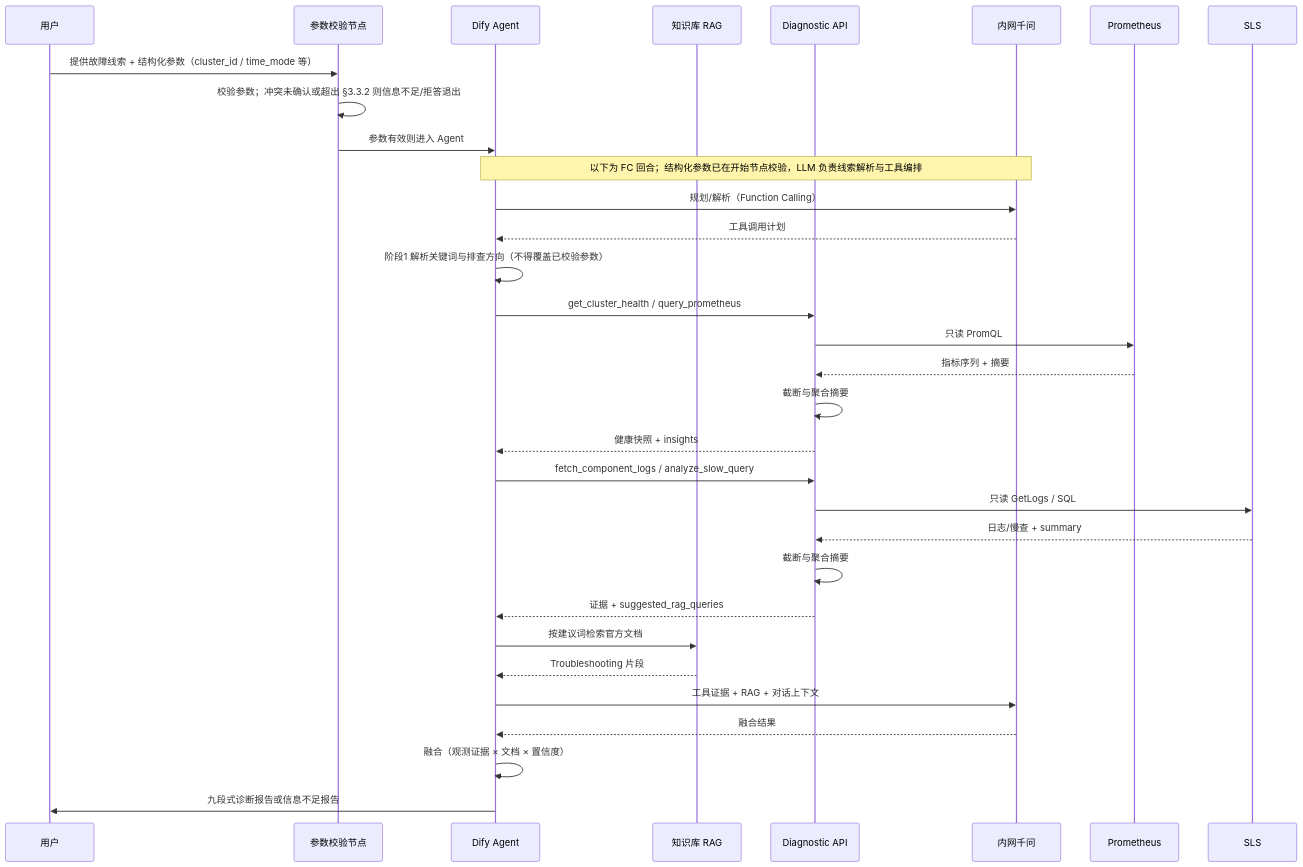
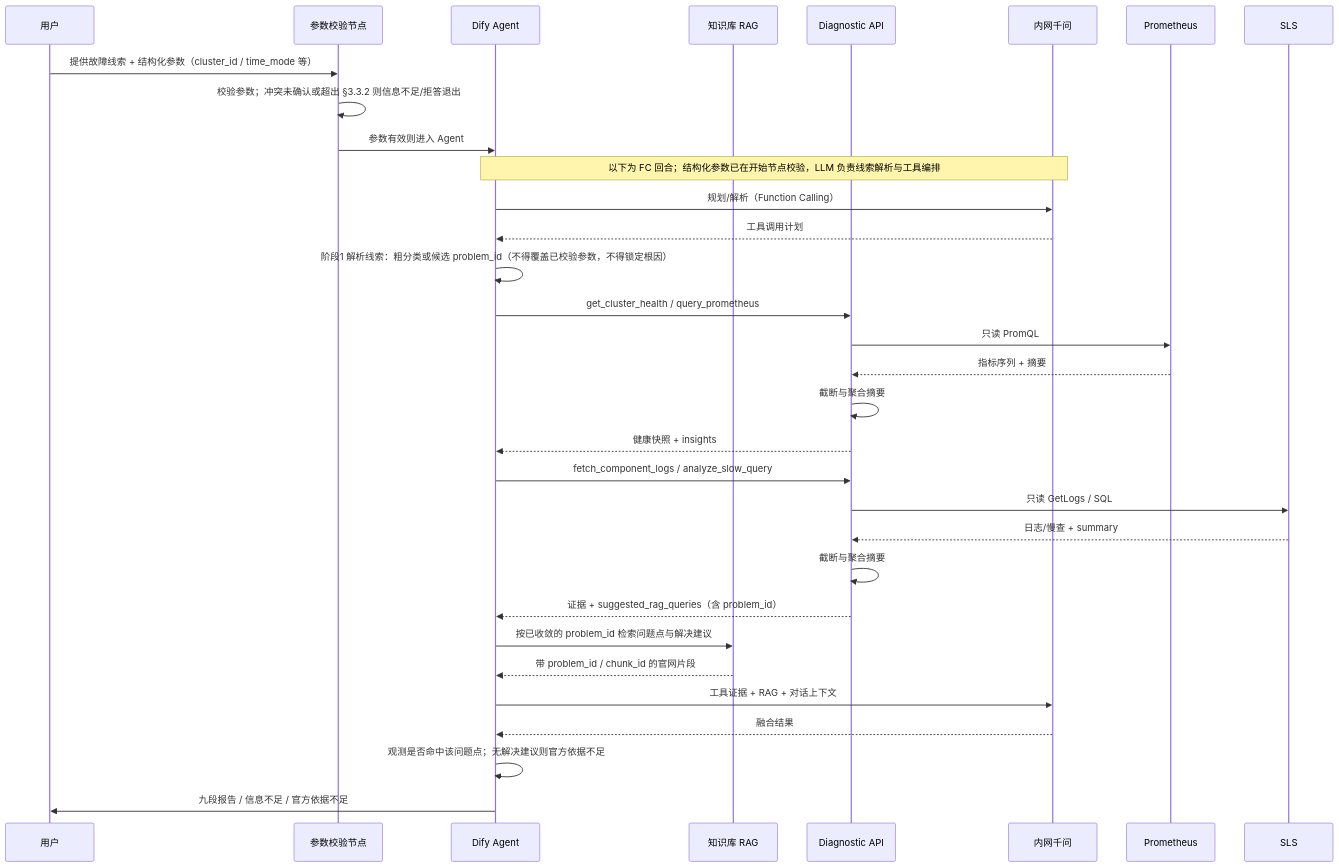
Before and after one commit to yangzhengjie/tidb-diag: the third of 10 diagrams in docs/tidb-diag-agent-technical-design.md, drawn with Mermaid. The commit also changed other lines of this file and 1 other file, not shown here.

First line of the commit message:
docs: 同步官网问题点闭环与 Prompt/RAG 设计

````diff
--- a/docs/tidb-diag-agent-technical-design.md
+++ b/docs/tidb-diag-agent-technical-design.md
@@ -166,35 +166,35 @@
 ```mermaid
 sequenceDiagram
     participant U as 用户
     participant PC as 参数校验节点
     participant A as Dify Agent
     participant KB as 知识库 RAG
     participant API as Diagnostic API
     participant Q as 内网千问
     participant P as Prometheus
     participant S as SLS
 
     U->>PC: 提供故障线索 + 结构化参数（cluster_id / time_mode 等）
     PC->>PC: 校验参数；冲突未确认或超出 §3.3.2 则信息不足/拒答退出
     PC->>A: 参数有效则进入 Agent
     Note over A,Q: 以下为 FC 回合；结构化参数已在开始节点校验，LLM 负责线索解析与工具编排
     A->>Q: 规划/解析（Function Calling）
     Q-->>A: 工具调用计划
-    A->>A: 阶段1 解析关键词与排查方向（不得覆盖已校验参数）
+    A->>A: 阶段1 解析线索：粗分类或候选 problem_id（不得覆盖已校验参数，不得锁定根因）
     A->>API: get_cluster_health / query_prometheus
     API->>P: 只读 PromQL
     P-->>API: 指标序列 + 摘要
     API->>API: 截断与聚合摘要
     API-->>A: 健康快照 + insights
     A->>API: fetch_component_logs / analyze_slow_query
     API->>S: 只读 GetLogs / SQL
     S-->>API: 日志/慢查 + summary
     API->>API: 截断与聚合摘要
-    API-->>A: 证据 + suggested_rag_queries
-    A->>KB: 按建议词检索官方文档
-    KB-->>A: Troubleshooting 片段
+    API-->>A: 证据 + suggested_rag_queries（含 problem_id）
+    A->>KB: 按已收敛的 problem_id 检索问题点与解决建议
+    KB-->>A: 带 problem_id / chunk_id 的官网片段
     A->>Q: 工具证据 + RAG + 对话上下文
     Q-->>A: 融合结果
-    A->>A: 融合（观测证据 × 文档 × 置信度）
-    A->>U: 九段式诊断报告或信息不足报告
+    A->>A: 观测是否命中该问题点；无解决建议则官方依据不足
+    A->>U: 九段报告 / 信息不足 / 官方依据不足
 ```
````
